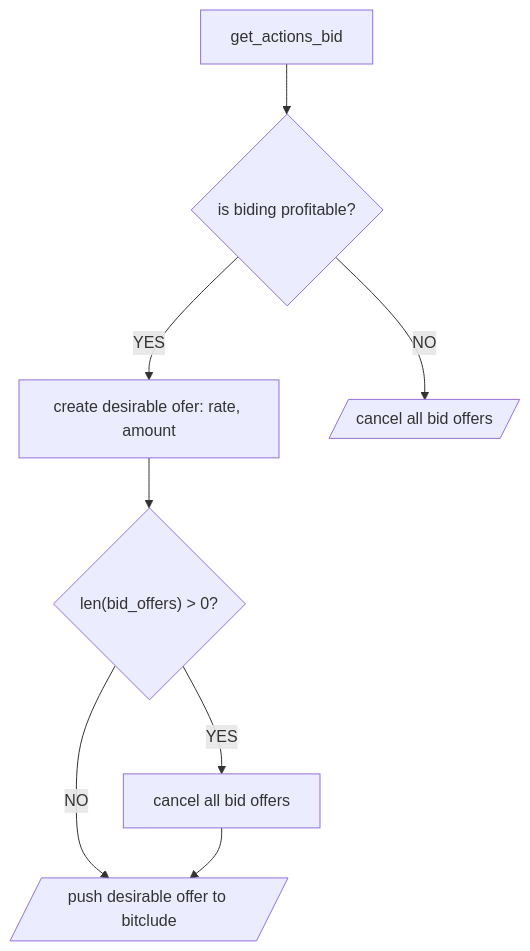
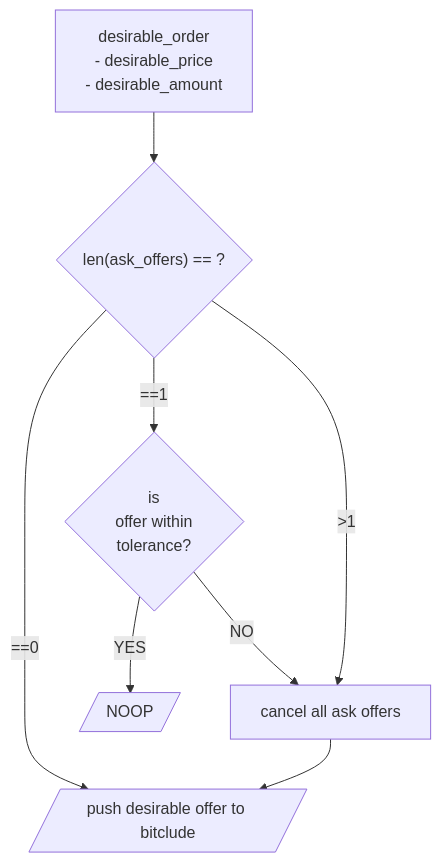
Before and after one commit to oskarissimus/nagasaki: the third of 3 diagrams in README.md, drawn with Mermaid. The commit also changed other lines of this file and 1 other file, not shown here.

````diff
--- a/README.md
+++ b/README.md
@@ -62,11 +83,17 @@
 ```mermaid
 flowchart
-    K[get_actions_bid] --> M{is biding profitable?}
-    M -- YES --> N[create desirable ofer: rate, amount]
-    M -- NO --> O[/cancel all bid offers/]
-    N --> P{"len(bid_offers) > 0?"}
-    P -- YES --> R[cancel all bid offers]
-    P -- NO --> S[/push desirable offer to bitclude/]
-    R --> S
+    N["desirable_order
+    - desirable_price
+    - desirable_amount"]
+    N --> LEN{"len(ask_offers) == ?"}
+    LEN -- ==0 --> PUSH[/push desirable offer to bitclude/]
+    LEN -- ==1 --> TOLERANCE{"is
+                    offer within
+                    tolerance?"}
+    TOLERANCE -- YES --> NOOP[/NOOP/]
+    TOLERANCE -- NO --> CANCEL_ALL
+    LEN -- >1 --> CANCEL_ALL[cancel all ask offers]
 
+
+    CANCEL_ALL --> PUSH
 ```
````
